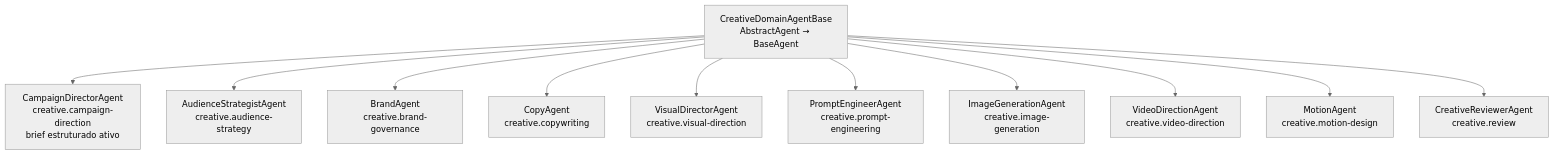
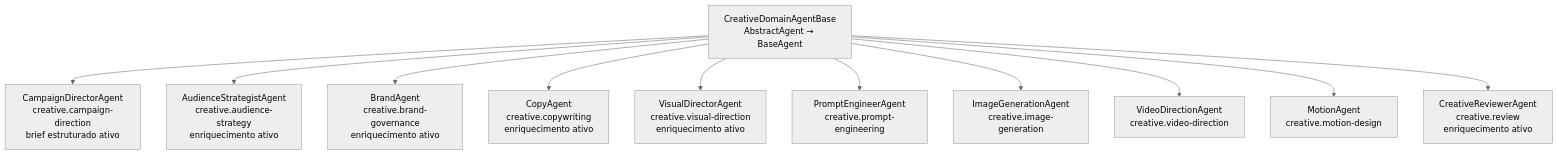
Before and after one commit to eltonjr13/kaoz.1: the fourth of 5 diagrams in docs/CREATIVE_DOMAIN.md, drawn with Mermaid (neutral theme). The commit also changed other lines of this file and 1 other file, not shown here.

Commit message:
docs: add architectural documentation for the multiagent runtime and creative domain domains

````diff
--- a/docs/CREATIVE_DOMAIN.md
+++ b/docs/CREATIVE_DOMAIN.md
@@ -109,14 +109,14 @@
 ```mermaid
 flowchart TB
     BASE["CreativeDomainAgentBase<br/>AbstractAgent → BaseAgent"]
     BASE --> CDIR["CampaignDirectorAgent<br/>creative.campaign-direction<br/>brief estruturado ativo"]
-    BASE --> AUD["AudienceStrategistAgent<br/>creative.audience-strategy"]
-    BASE --> BRAND["BrandAgent<br/>creative.brand-governance"]
-    BASE --> COPY["CopyAgent<br/>creative.copywriting"]
-    BASE --> VIS["VisualDirectorAgent<br/>creative.visual-direction"]
+    BASE --> AUD["AudienceStrategistAgent<br/>creative.audience-strategy<br/>enriquecimento ativo"]
+    BASE --> BRAND["BrandAgent<br/>creative.brand-governance<br/>enriquecimento ativo"]
+    BASE --> COPY["CopyAgent<br/>creative.copywriting<br/>enriquecimento ativo"]
+    BASE --> VIS["VisualDirectorAgent<br/>creative.visual-direction<br/>enriquecimento ativo"]
     BASE --> PROMPT["PromptEngineerAgent<br/>creative.prompt-engineering"]
     BASE --> IMG["ImageGenerationAgent<br/>creative.image-generation"]
     BASE --> VIDEO["VideoDirectionAgent<br/>creative.video-direction"]
     BASE --> MOTION["MotionAgent<br/>creative.motion-design"]
-    BASE --> REVIEW["CreativeReviewerAgent<br/>creative.review"]
+    BASE --> REVIEW["CreativeReviewerAgent<br/>creative.review<br/>enriquecimento ativo"]
 ```
````
